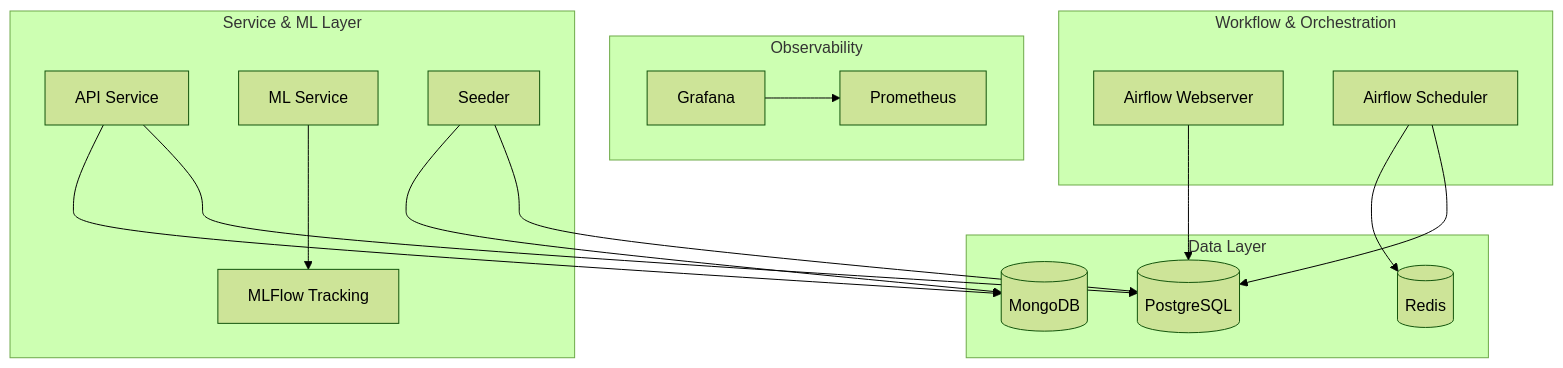
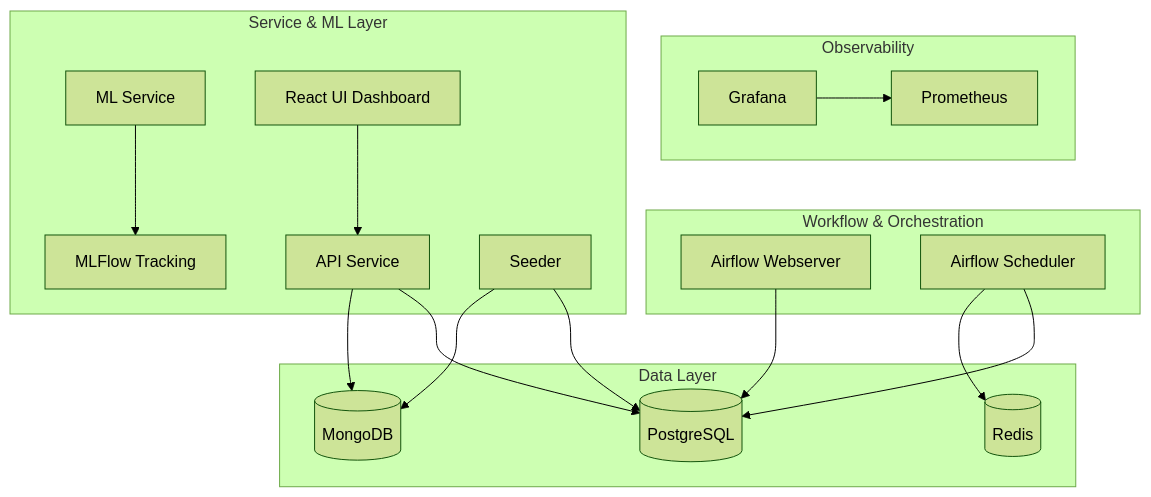
One commit to rakrsh/data-continuum changed the diagram in docs/architecture.md. Above: the diagram before and after it, drawn with Mermaid (forest theme). The commit also changed 20 other files, not shown here.

````diff
--- a/docs/architecture.md
+++ b/docs/architecture.md
@@ -7,38 +7,41 @@
 ```mermaid
 graph TD
     subgraph Observability
         Prometheus[Prometheus]
         Grafana[Grafana]
     end
 
     subgraph Data_Layer [Data Layer]
         DB[(PostgreSQL)]
         Mongo[(MongoDB)]
         Redis[(Redis)]
     end
 
     subgraph Workflow_Orchestration [Workflow & Orchestration]
         AirflowWeb[Airflow Webserver]
         AirflowSched[Airflow Scheduler]
     end
 
     subgraph Service_ML_Layer [Service & ML Layer]
         API[API Service]
         ML[ML Service]
         MLFlow[MLFlow Tracking]
         Seeder[Seeder]
+        UI[React UI Dashboard]
     end
+
+    UI --> API
 
     API --> DB
     API --> Mongo
     Seeder --> DB
     Seeder --> Mongo
     
     AirflowWeb --> DB
     AirflowSched --> DB
     AirflowSched --> Redis
     
     ML --> MLFlow
     
     Grafana --> Prometheus
 ```
````
